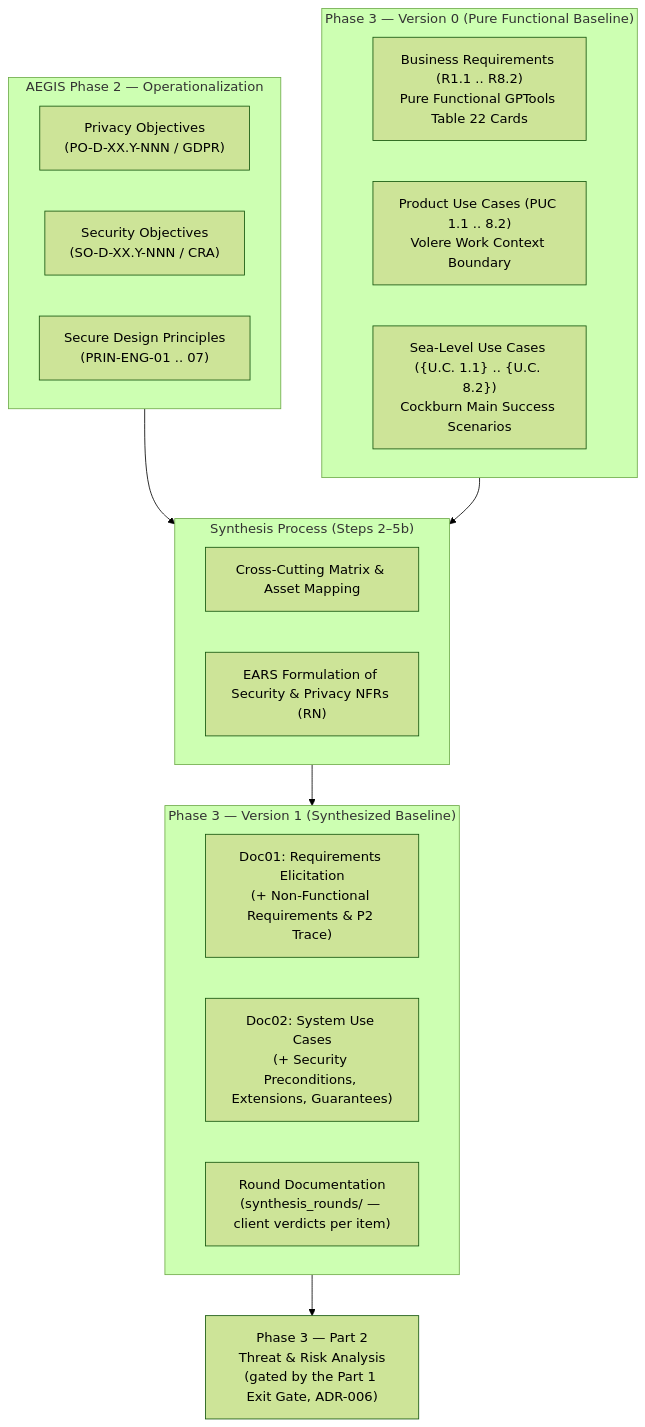
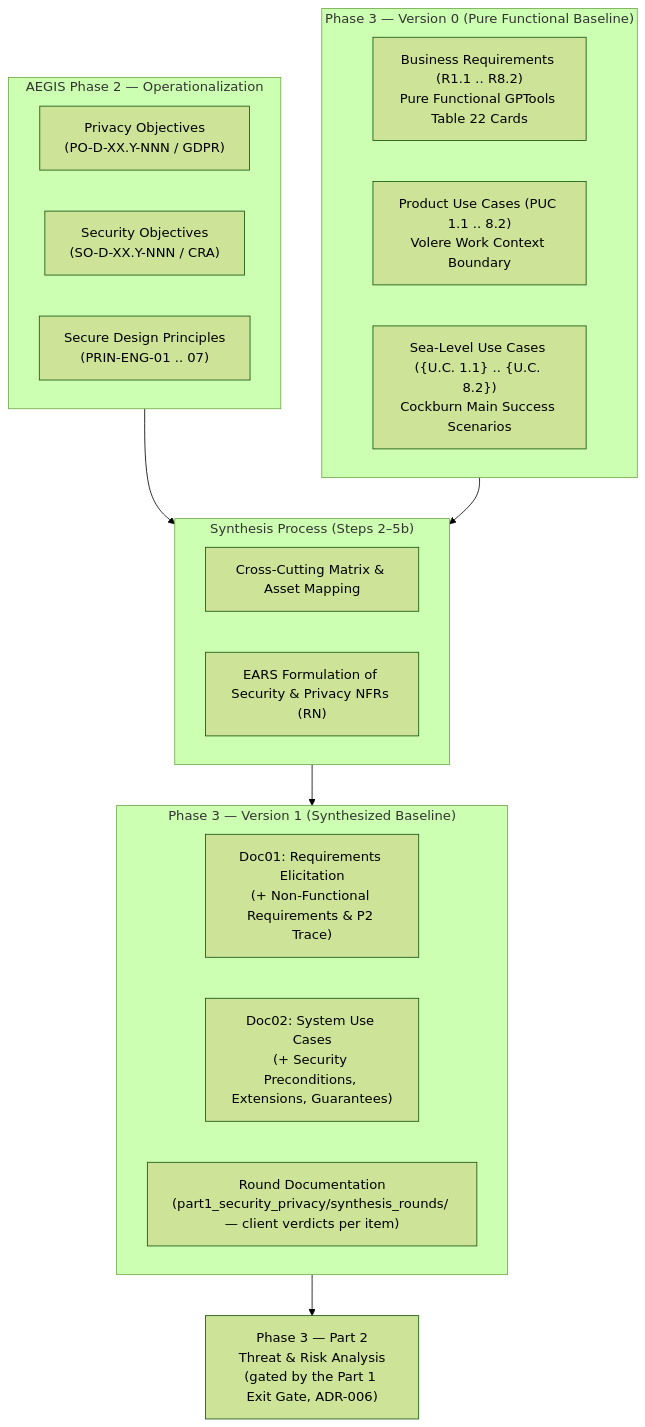
The diagram in cases/Case_01_TinyTask_SaaS/03_PHASE3_SPEC/PHASE3_PROCESS_AND_METHODOLOGY.md (pauloribeiro16/aegis-mvp), drawn with Mermaid (forest theme) before and after one commit. The commit also changed other lines of this file and 143 other files, not shown here.

First line of the commit message:
refactor(case*): Phase 3 Part 1 artifacts consolidated under part1_security_privacy/

````diff
--- a/cases/Case_01_TinyTask_SaaS/03_PHASE3_SPEC/PHASE3_PROCESS_AND_METHODOLOGY.md
+++ b/cases/Case_01_TinyTask_SaaS/03_PHASE3_SPEC/PHASE3_PROCESS_AND_METHODOLOGY.md
@@ -113,30 +113,30 @@
 ```mermaid
 flowchart TD
     subgraph P2["AEGIS Phase 2 — Operationalization"]
         PO["Privacy Objectives<br>(PO-D-XX.Y-NNN / GDPR)"]
         SO["Security Objectives<br>(SO-D-XX.Y-NNN / CRA)"]
         ENG["Secure Design Principles<br>(PRIN-ENG-01 .. 07)"]
     end
 
     subgraph P3_V0["Phase 3 — Version 0 (Pure Functional Baseline)"]
         R_V0["Business Requirements (R1.1 .. R8.2)<br>Pure Functional GPTools Table 22 Cards"]
         PUC_V0["Product Use Cases (PUC 1.1 .. 8.2)<br>Volere Work Context Boundary"]
         UC_V0["Sea-Level Use Cases ({U.C. 1.1} .. {U.C. 8.2})<br>Cockburn Main Success Scenarios"]
     end
 
     subgraph Synth["Synthesis Process (Steps 2–5b)"]
         Matrix["Cross-Cutting Matrix & Asset Mapping"]
         EARS["EARS Formulation of Security & Privacy NFRs (RN)"]
     end
 
     subgraph P3_V1["Phase 3 — Version 1 (Synthesized Baseline)"]
         Doc01_V1["Doc01: Requirements Elicitation<br>(+ Non-Functional Requirements & P2 Trace)"]
         Doc02_V1["Doc02: System Use Cases<br>(+ Security Preconditions, Extensions, Guarantees)"]
-        Round_Notes["Round Documentation<br>(synthesis_rounds/ — client verdicts per item)"]
+        Round_Notes["Round Documentation<br>(part1_security_privacy/synthesis_rounds/ — client verdicts per item)"]
     end
 
     P2 --> Synth
     P3_V0 --> Synth
     Synth --> P3_V1
     P3_V1 --> P3P2["Phase 3 — Part 2<br>Threat & Risk Analysis<br>(gated by the Part 1 Exit Gate, ADR-006)"]
 ```
````
